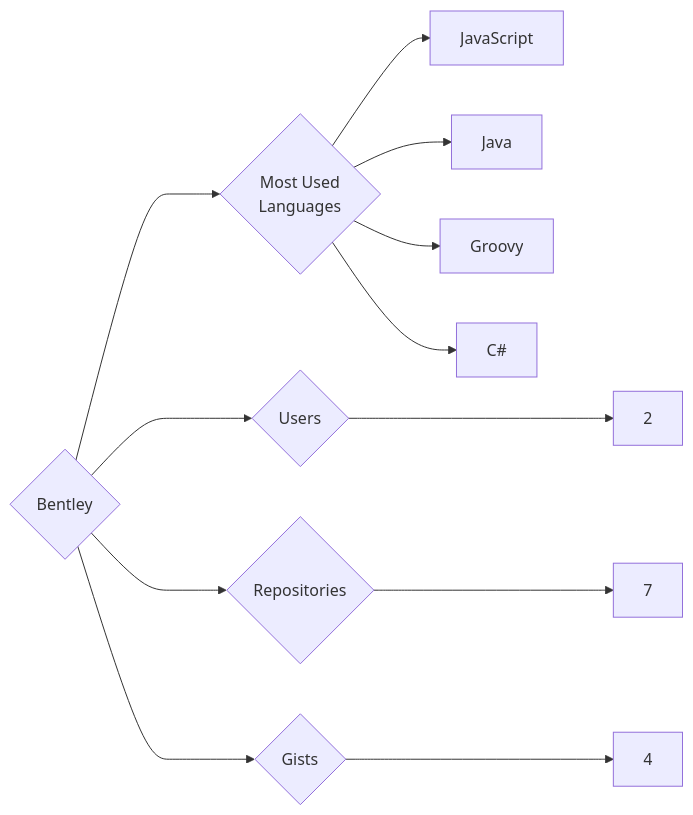
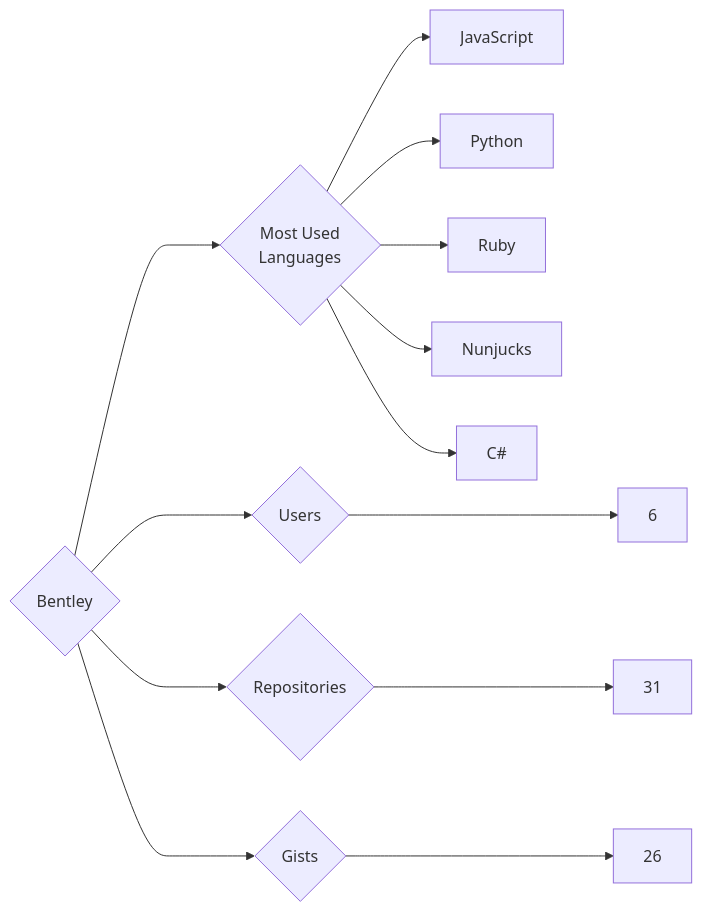
The diagram in targets/Bentley/README.md (trickest/insiders), drawn with Mermaid before and after one commit. The commit also changed 1092 other files, not shown here.

````diff
--- a/targets/Bentley/README.md
+++ b/targets/Bentley/README.md
@@ -3,12 +3,13 @@
 ```mermaid
 graph LR
 COMPANY_NAME{Bentley}
-COMPANY_NAME ---> U{Users} ---> UN[2]
-COMPANY_NAME ---> R{Repositories} ---> RN[7]
-COMPANY_NAME ---> G{Gists} ---> GN[4]
+COMPANY_NAME ---> U{Users} ---> UN[6]
+COMPANY_NAME ---> R{Repositories} ---> RN[31]
+COMPANY_NAME ---> G{Gists} ---> GN[26]
 COMPANY_NAME ---> ML{Most Used<br>Languages}
 ML --> JavaScript[JavaScript]
-ML --> Java[Java]
-ML --> Groovy[Groovy]
+ML --> Python[Python]
+ML --> Ruby[Ruby]
+ML --> Nunjucks[Nunjucks]
 ML --> C#[C#]
 ```
````
